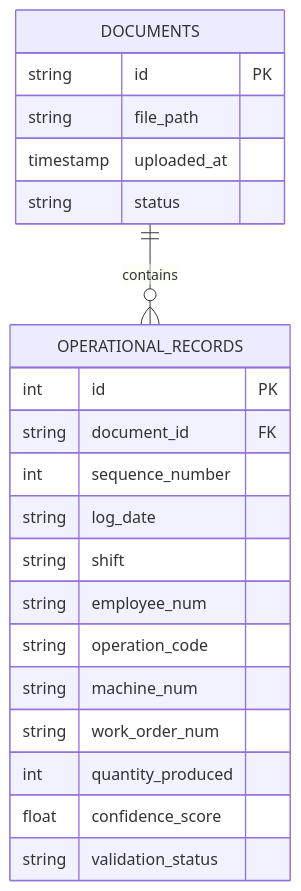
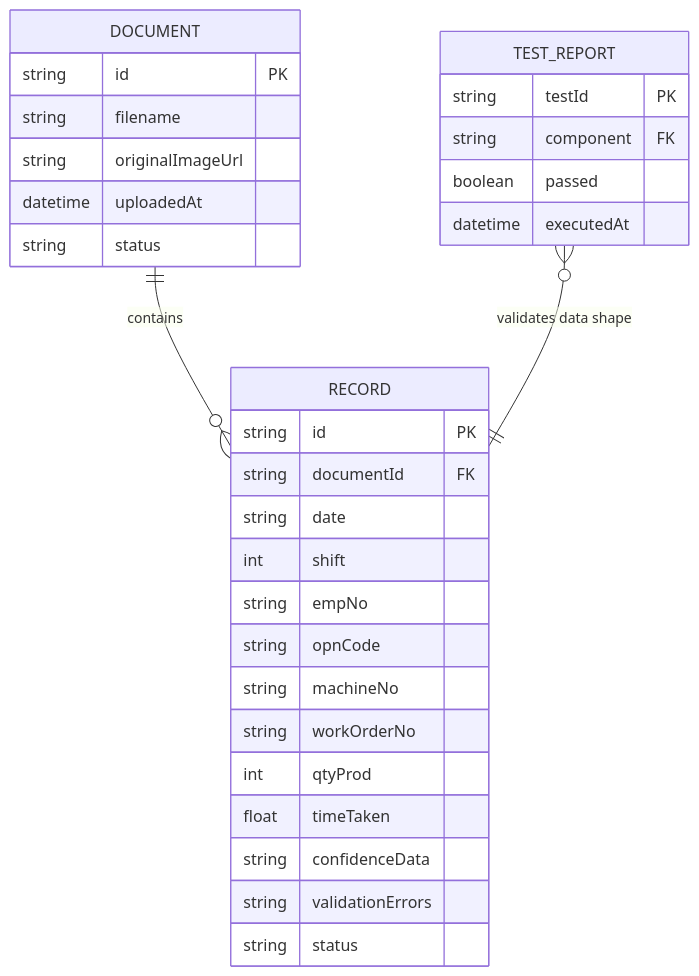
The third of 8 diagrams in README.md (nanthitha25/biztelai), drawn with Mermaid before and after one commit. The commit also changed other lines of this file and 40 other files, not shown here.

````diff
--- a/README.md
+++ b/README.md
@@ -85,24 +101,33 @@
 ```mermaid
 erDiagram
-    DOCUMENTS {
+    DOCUMENT {
         string id PK
-        string file_path
-        timestamp uploaded_at
+        string filename
+        string originalImageUrl
+        datetime uploadedAt
         string status
     }
-    OPERATIONAL_RECORDS {
-        int id PK
-        string document_id FK
-        int sequence_number
-        string log_date
-        string shift
-        string employee_num
-        string operation_code
-        string machine_num
-        string work_order_num
-        int quantity_produced
-        float confidence_score
-        string validation_status
+    RECORD {
+        string id PK
+        string documentId FK
+        string date
+        int shift
+        string empNo
+        string opnCode
+        string machineNo
+        string workOrderNo
+        int qtyProd
+        float timeTaken
+        string confidenceData
+        string validationErrors
+        string status
     }
-    DOCUMENTS ||--o{ OPERATIONAL_RECORDS : "contains"
+    TEST_REPORT {
+        string testId PK
+        string component FK
+        boolean passed
+        datetime executedAt
+    }
+    DOCUMENT ||--o{ RECORD : "contains"
+    TEST_REPORT }o--|| RECORD : "validates data shape"
 ```
````
